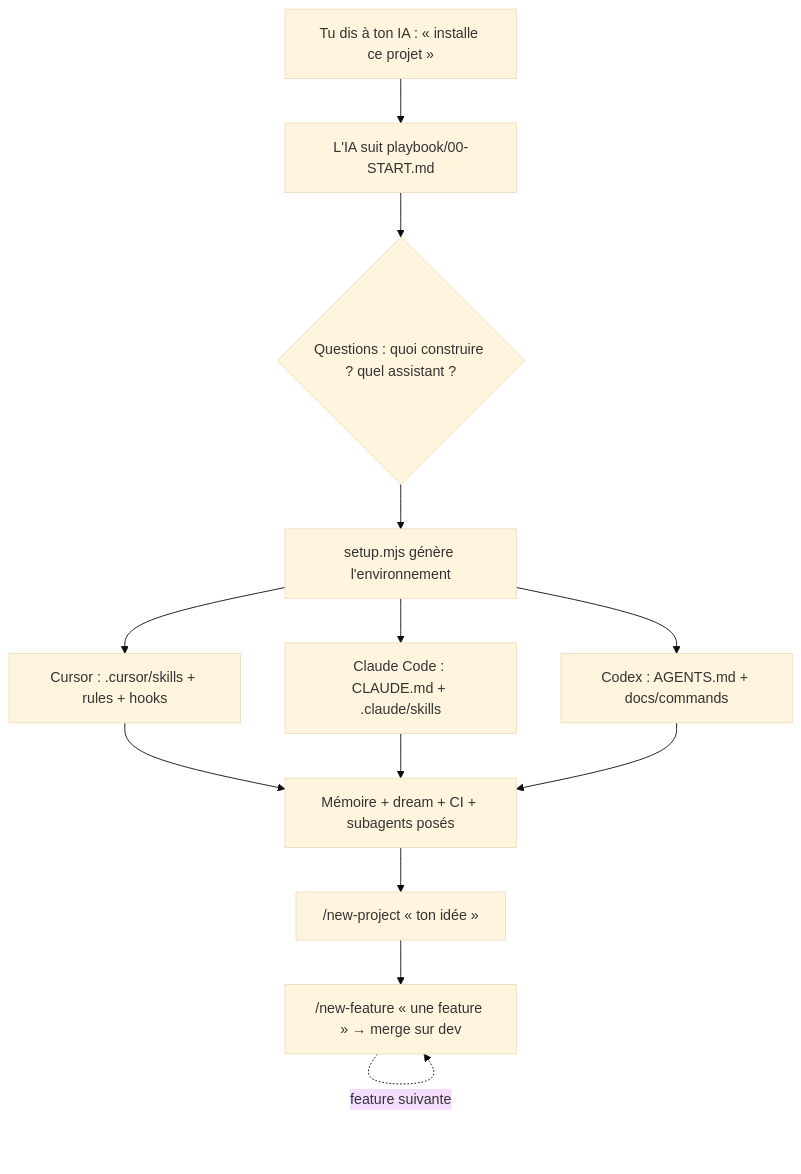
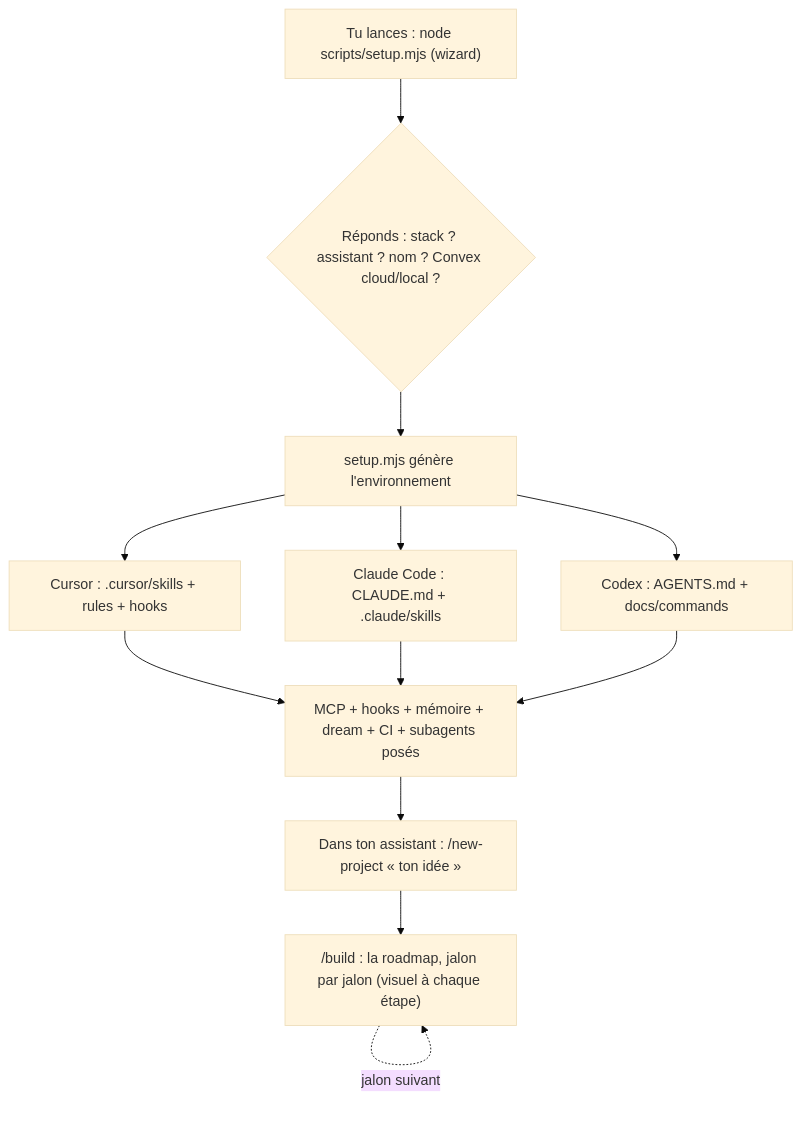
Before and after one commit to ohvignas/vibecoding-starter-kit: the diagram in README.md, drawn with Mermaid (base theme). The commit also changed other lines of this file, not shown here.

Commit message:
docs(README): aligne intro/TOC (5 commandes) + Mermaid sur le flow wizard
Corrige des restes stale : intro/TOC disaient '4 commandes' (titre = 5),
diagramme montrait l'ancien flow 'l'IA installe'. Repéré par la review Task 4.

````diff
--- a/README.md
+++ b/README.md
@@ -90,15 +90,14 @@
 ```mermaid
 flowchart TD
-    A["Tu dis à ton IA : « installe ce projet »"] --> B[L'IA suit playbook/00-START.md]
-    B --> C{Questions : quoi construire ? quel assistant ?}
+    A["Tu lances : node scripts/setup.mjs (wizard)"] --> C{"Réponds : stack ? assistant ? nom ? Convex cloud/local ?"}
     C --> D["setup.mjs génère l'environnement"]
     D --> E1["Cursor : .cursor/skills + rules + hooks"]
     D --> E2["Claude Code : CLAUDE.md + .claude/skills"]
     D --> E3["Codex : AGENTS.md + docs/commands"]
-    E1 --> F["Mémoire + dream + CI + subagents posés"]
+    E1 --> F["MCP + hooks + mémoire + dream + CI + subagents posés"]
     E2 --> F
     E3 --> F
-    F --> G["/new-project « ton idée »"]
-    G --> H["/new-feature « une feature » → merge sur dev"]
-    H -.->|feature suivante| H
+    F --> G["Dans ton assistant : /new-project « ton idée »"]
+    G --> H["/build : la roadmap, jalon par jalon (visuel à chaque étape)"]
+    H -.->|jalon suivant| H
 ```
````
